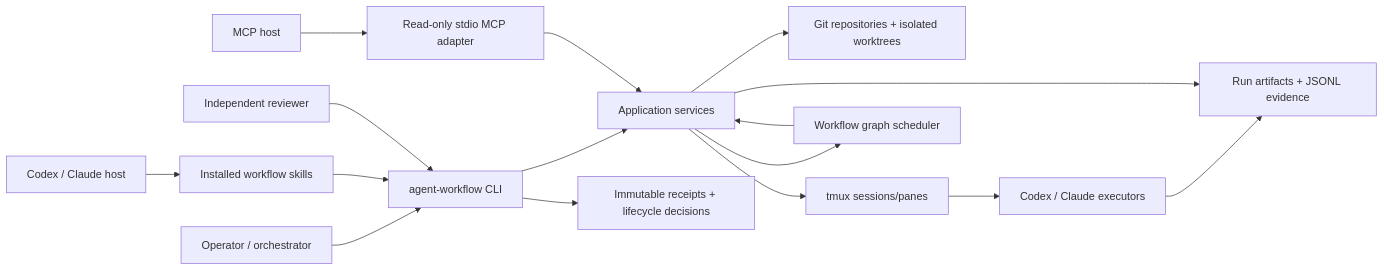
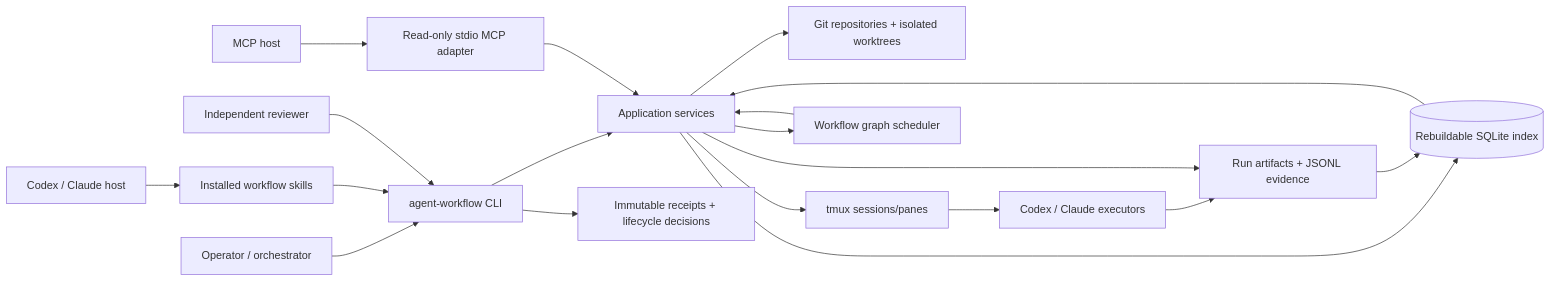
One commit to ngallodev-software/agent-workflow changed the first of 29 diagrams in docs/diagrams/REPOSITORY_CHART_PACK.md. Above: the diagram before and after it, drawn with Mermaid. The commit also changed other lines of this file and 81 other files, not shown here.

Commit message:
feat: add rebuildable sqlite evidence index

````diff
--- a/docs/diagrams/REPOSITORY_CHART_PACK.md
+++ b/docs/diagrams/REPOSITORY_CHART_PACK.md
@@ -10,18 +10,21 @@
 ```mermaid
 flowchart LR
   Operator[Operator / orchestrator] --> CLI[agent-workflow CLI]
   AgentHost[Codex / Claude host] --> Skills[Installed workflow skills]
   Skills --> CLI
   CLI --> Core[Application services]
   Core --> Git[Git repositories + isolated worktrees]
   Core --> Tmux[tmux sessions/panes]
   Tmux --> Executors[Codex / Claude executors]
   Executors --> Artifacts[Run artifacts + JSONL evidence]
   Core --> Artifacts
+  Core --> Index[(Rebuildable SQLite index)]
+  Artifacts --> Index
+  Index --> Core
   Core --> Workflow[Workflow graph scheduler]
   Workflow --> Core
   Reviewer[Independent reviewer] --> CLI
   CLI --> Receipts[Immutable receipts + lifecycle decisions]
   MCPHost[MCP host] --> MCP[Read-only stdio MCP adapter]
   MCP --> Core
 ```
````
